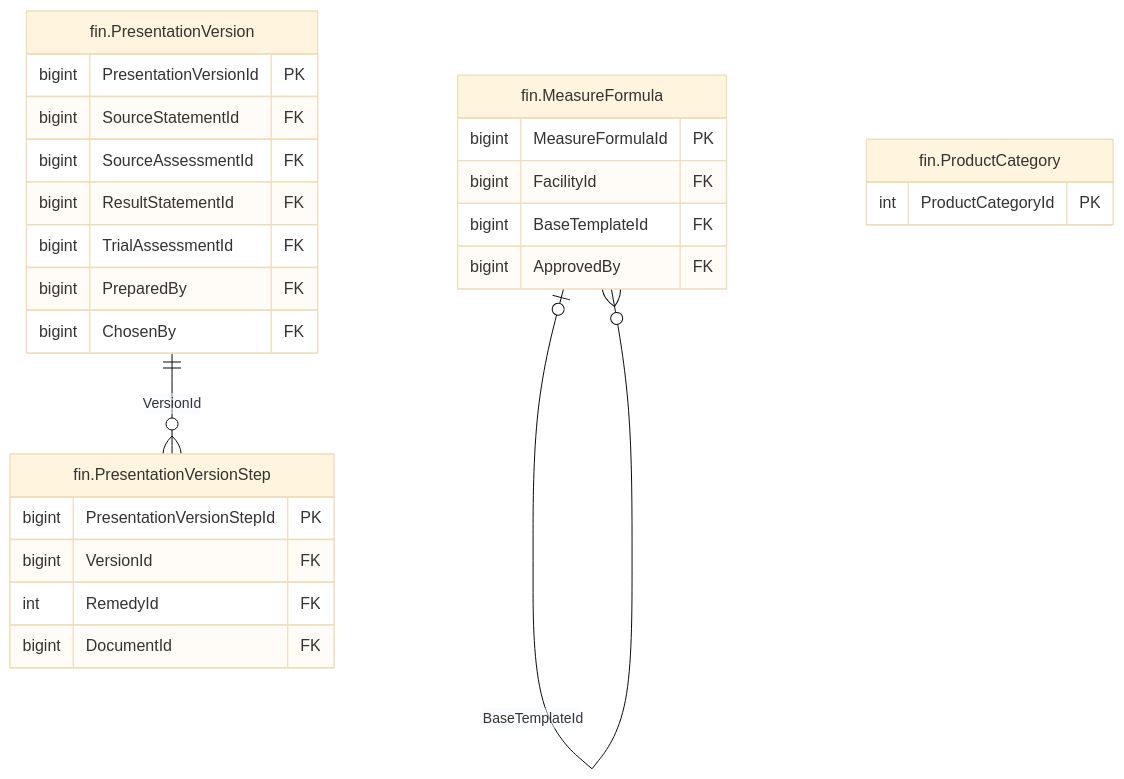
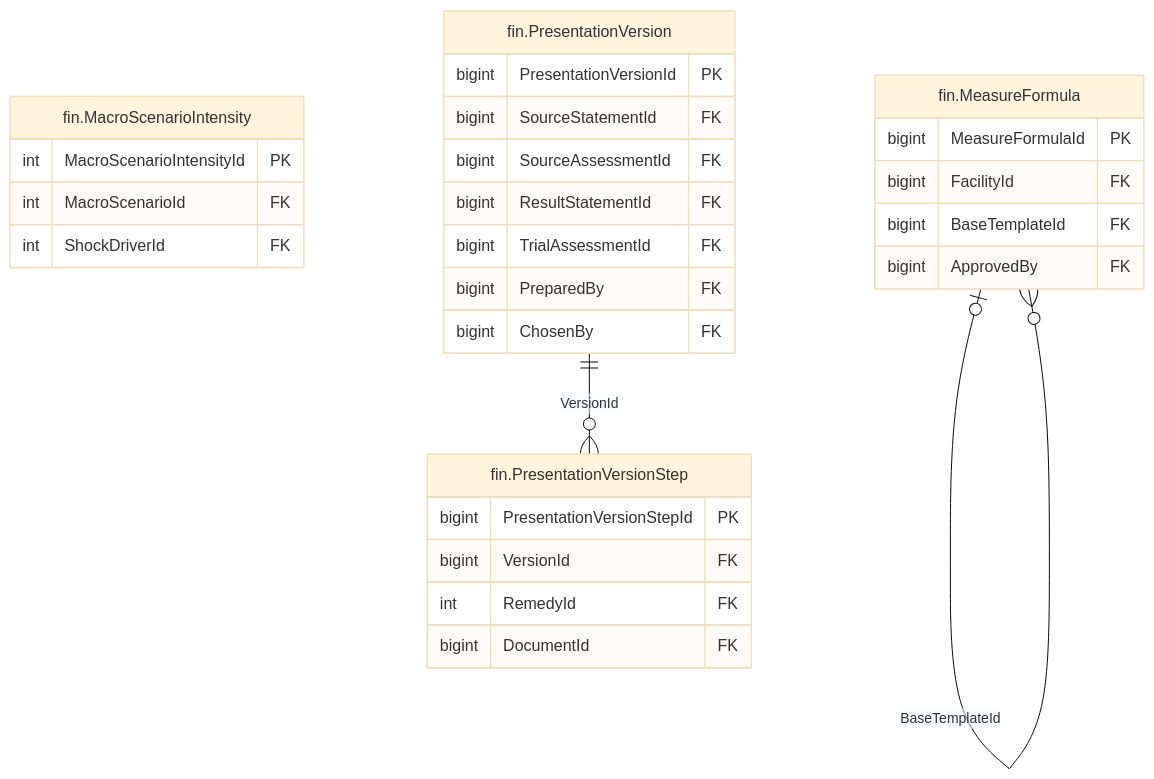
One commit to thawrasy/smartlines changed the diagram in treasury-platform/docs/diagrams/erd/m5_financials_9.mmd. Above: the diagram before and after it, drawn with Mermaid (base theme). The commit also changed 142 other files, not shown here.

```diff
--- a/treasury-platform/docs/diagrams/erd/m5_financials_9.mmd
+++ b/treasury-platform/docs/diagrams/erd/m5_financials_9.mmd
@@ -1,28 +1,30 @@
-%% م5 · البيانات المالية والأرصدة (9/13) — Financial statements & balances
+%% م5 · البيانات المالية والأرصدة (9/14) — Financial statements & balances
 erDiagram
+  fin_MacroScenarioIntensity["fin.MacroScenarioIntensity"] {
+    int MacroScenarioIntensityId PK
+    int MacroScenarioId FK
+    int ShockDriverId FK
+  }
   fin_MeasureFormula["fin.MeasureFormula"] {
     bigint MeasureFormulaId PK
     bigint FacilityId FK
     bigint BaseTemplateId FK
     bigint ApprovedBy FK
   }
   fin_PresentationVersion["fin.PresentationVersion"] {
     bigint PresentationVersionId PK
     bigint SourceStatementId FK
     bigint SourceAssessmentId FK
     bigint ResultStatementId FK
     bigint TrialAssessmentId FK
     bigint PreparedBy FK
     bigint ChosenBy FK
   }
   fin_PresentationVersionStep["fin.PresentationVersionStep"] {
     bigint PresentationVersionStepId PK
     bigint VersionId FK
     int RemedyId FK
     bigint DocumentId FK
   }
-  fin_ProductCategory["fin.ProductCategory"] {
-    int ProductCategoryId PK
-  }
   fin_MeasureFormula |o--o{ fin_MeasureFormula : "BaseTemplateId"
   fin_PresentationVersion ||--o{ fin_PresentationVersionStep : "VersionId"
```
